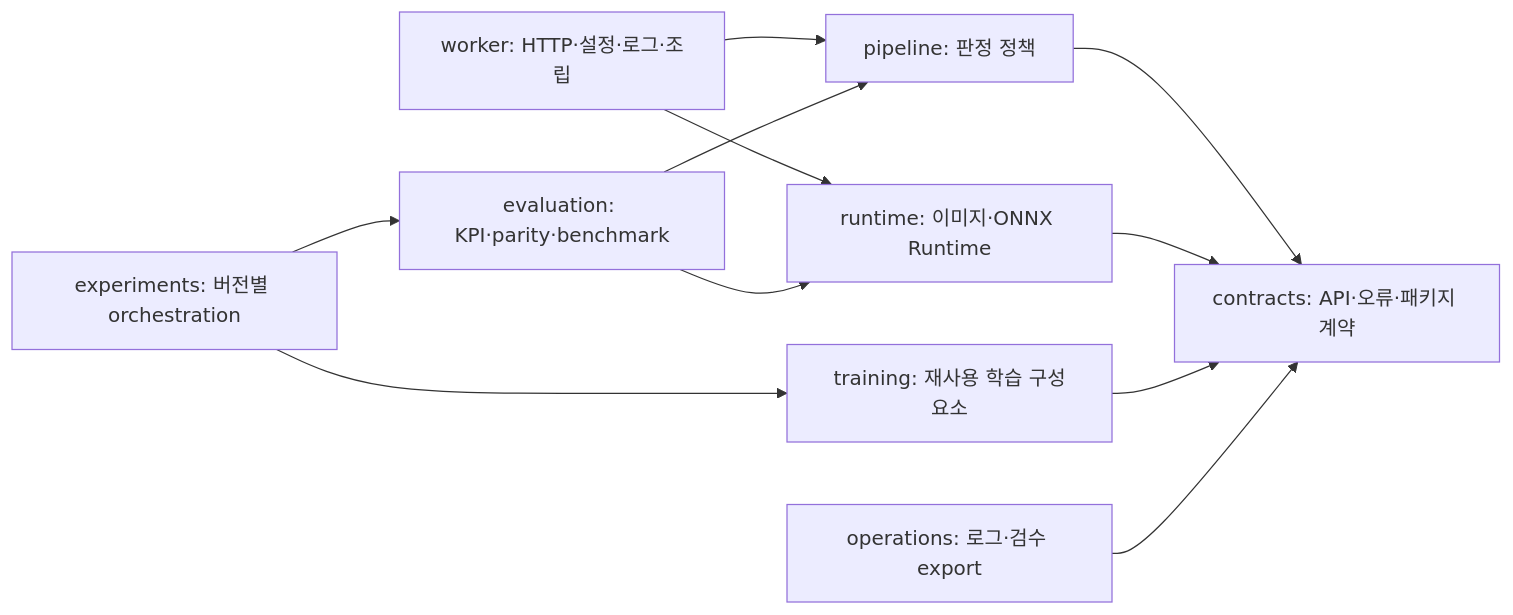
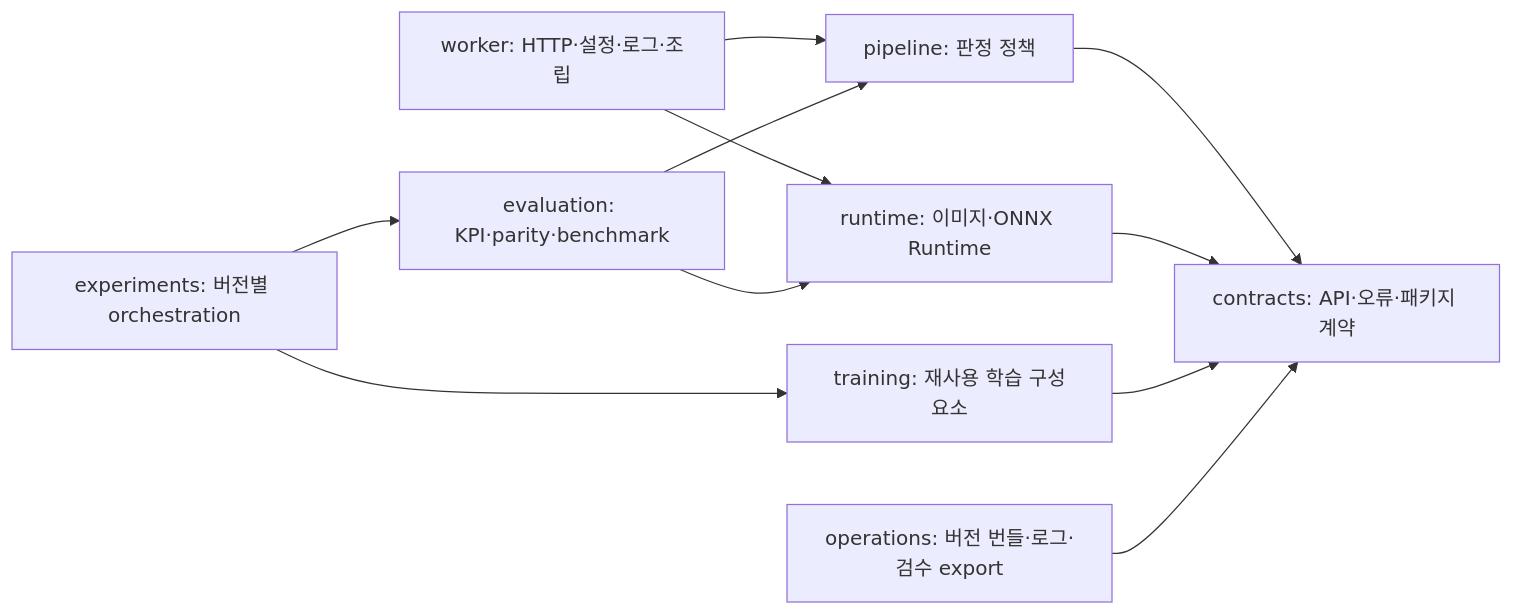
The diagram in docs/architecture/overview.md (bix-dsjoo/bixolon_scanner), drawn with Mermaid before and after one commit. The commit also changed other lines of this file and 88 other files, not shown here.

````diff
--- a/docs/architecture/overview.md
+++ b/docs/architecture/overview.md
@@ -7,13 +7,13 @@
 ```mermaid
 flowchart LR
     WORKER["worker: HTTP·설정·로그·조립"] --> PIPELINE["pipeline: 판정 정책"]
     WORKER --> RUNTIME["runtime: 이미지·ONNX Runtime"]
     PIPELINE --> CONTRACTS["contracts: API·오류·패키지 계약"]
     RUNTIME --> CONTRACTS
     TRAINING["training: 재사용 학습 구성요소"] --> CONTRACTS
     EVALUATION["evaluation: KPI·parity·benchmark"] --> PIPELINE
     EVALUATION --> RUNTIME
     EXPERIMENTS["experiments: 버전별 orchestration"] --> TRAINING
     EXPERIMENTS --> EVALUATION
-    OPERATIONS["operations: 로그·검수 export"] --> CONTRACTS
+    OPERATIONS["operations: 버전 번들·로그·검수 export"] --> CONTRACTS
 ```
````
